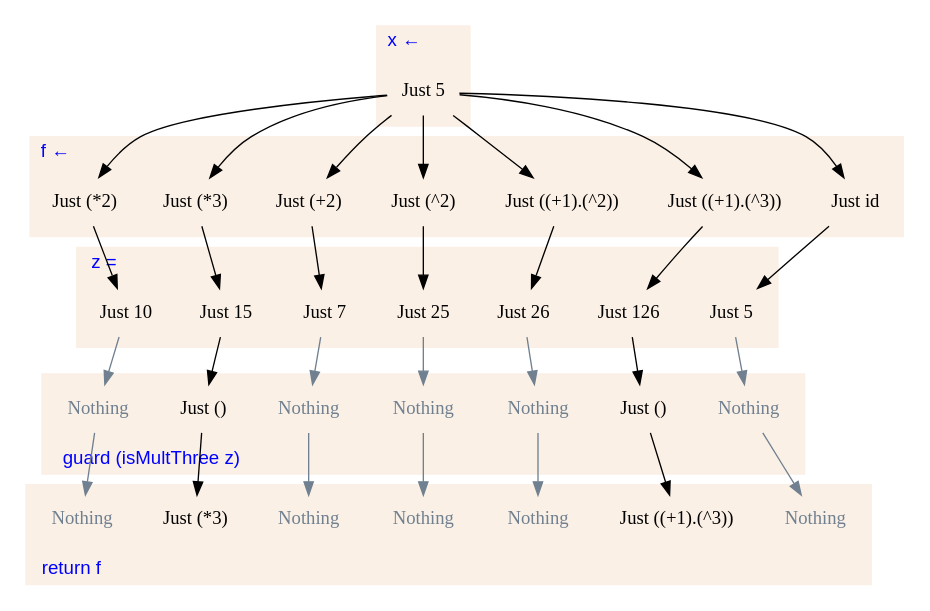
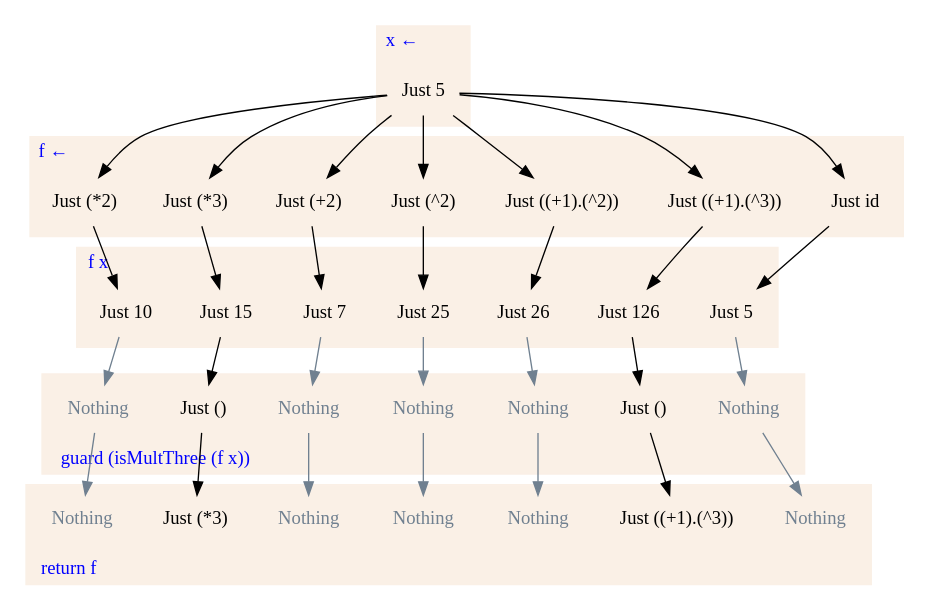
One commit to mstksg/inCode changed the diagram in work/monad-plus/testnumber.dot. Above: the diagram before and after it, drawn with Graphviz. The commit also changed 6 other files, not shown here.

```diff
--- a/work/monad-plus/testnumber.dot
+++ b/work/monad-plus/testnumber.dot
@@ -1,107 +1,107 @@
 digraph {
 
     node [shape=none, color=white, fontname="palatino"] ;
-    graph [fontname="helvetica"] ;
+    graph [fontname="palatino"] ;
 
     labeljust="l";
     constraint=false;
 
     subgraph cluster0 {
         label="x ←" ;
         fontcolor=blue;
         style=filled ;
         color=linen ;
         x  [label="Just 5"] ;
     }
 
     subgraph cluster1 {
         label="f ←" ;
         fontcolor=blue;
         style=filled ;
         color=linen ;
         y7 [label="Just id"] ;
         y6 [label="Just ((+1).(^3))"] ;
         y5 [label="Just ((+1).(^2))"] ;
         y4 [label="Just (^2)"] ;
         y3 [label="Just (+2)"] ;
         y2 [label="Just (*3)"] ;
         y1 [label="Just (*2)"] ;
     }
 
     subgraph cluster2 {
-        label="z =" ;
+        label="f x" ;
         fontcolor=blue;
         style=filled;
         color=linen;
         z7 [label="Just 5"] ;
         z6 [label="Just 126"] ;
         z5 [label="Just 26"] ;
         z4 [label="Just 25"] ;
         z3 [label="Just 7"] ;
         z2 [label="Just 15"] ;
         z1 [label="Just 10"] ;
     }
 
     subgraph cluster3 {
-        label="guard (isMultThree z)" ;
+        label="guard (isMultThree (f x))" ;
         labelloc=b;
         fontcolor=blue;
         style=filled;
         color=linen;
         g7 [label="Nothing",fontcolor=slategray] ;
         g6 [label="Just ()"] ;
         g5 [label="Nothing",fontcolor=slategray] ;
         g4 [label="Nothing",fontcolor=slategray] ;
         g3 [label="Nothing",fontcolor=slategray] ;
         g2 [label="Just ()"] ;
         g1 [label="Nothing",fontcolor=slategray] ;
     }
 
     subgraph cluster4 {
         label="return f" ;
         labelloc=b;
         fontcolor=blue;
         style=filled;
         color=linen;
         r7 [label="Nothing",fontcolor=slategray] ;
         r6 [label="Just ((+1).(^3))"] ;
         r5 [label="Nothing",fontcolor=slategray] ;
         r4 [label="Nothing",fontcolor=slategray] ;
         r3 [label="Nothing",fontcolor=slategray] ;
         r2 [label="Just (*3)"] ;
         r1 [label="Nothing",fontcolor=slategray] ;
     }
 
     x  -> y1 ;
     x  -> y2 ;
     x  -> y3 ;
     x  -> y4 ;
     x  -> y5 ;
     x  -> y6 ;
     x  -> y7 ;
 
     y1 -> z1 ;
     y2 -> z2 ;
     y3 -> z3 ;
     y4 -> z4 ;
     y5 -> z5 ;
     y6 -> z6 ;
     y7 -> z7 ;
 
     z1 -> g1 [color=slategray];
     z2 -> g2 ;
     z3 -> g3 [color=slategray];
     z4 -> g4 [color=slategray];
     z5 -> g5 [color=slategray];
     z6 -> g6 ;
     z7 -> g7 [color=slategray];
 
     g1 -> r1 [color=slategray];
     g2 -> r2 ;
     g3 -> r3 [color=slategray];
     g4 -> r4 [color=slategray];
     g5 -> r5 [color=slategray];
     g6 -> r6 ;
     g7 -> r7 [color=slategray];
 
 }
```
